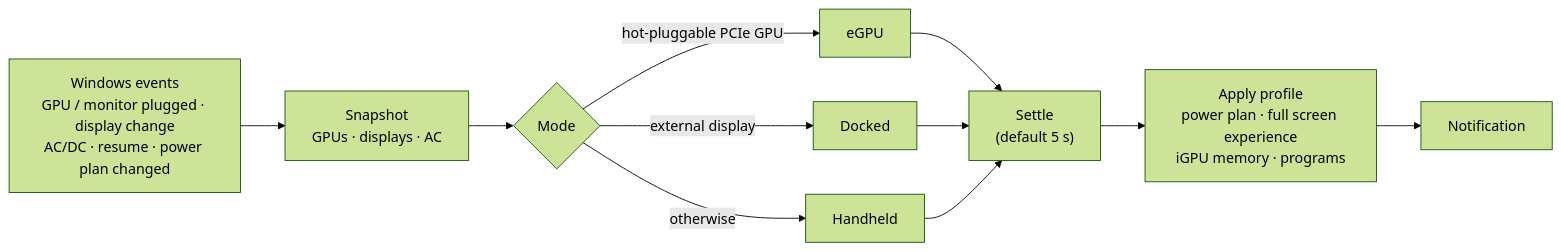
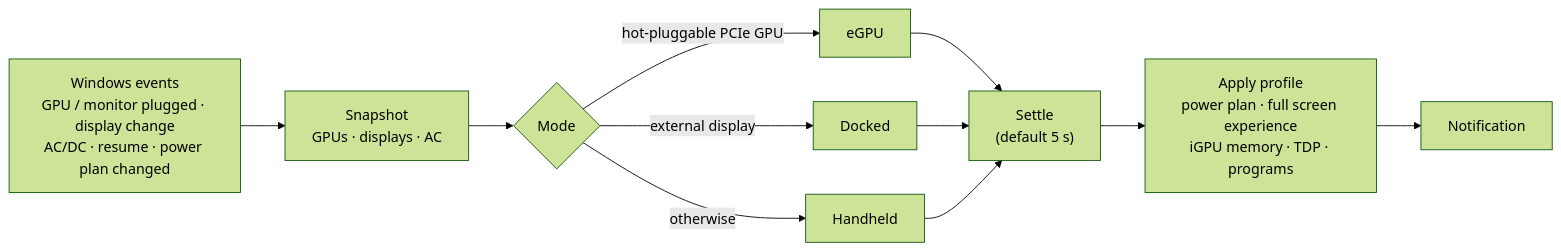
One commit to rozx/DockSense changed the diagram in README.md. Above: the diagram before and after it, drawn with Mermaid (forest theme). The commit also changed other lines of this file and 5 other files, not shown here.

````diff
--- a/README.md
+++ b/README.md
@@ -51,13 +51,13 @@
 ```mermaid
 flowchart LR
     E["Windows events<br/>GPU / monitor plugged · display change<br/>AC/DC · resume · power plan changed"] --> S["Snapshot<br/>GPUs · displays · AC"]
     S --> M{"Mode"}
     M -- "hot-pluggable PCIe GPU" --> G["eGPU"]
     M -- "external display" --> D["Docked"]
     M -- "otherwise" --> H["Handheld"]
     G --> W["Settle<br/>(default 5 s)"]
     D --> W
     H --> W
-    W --> A["Apply profile<br/>power plan · full screen experience<br/>iGPU memory · programs"]
+    W --> A["Apply profile<br/>power plan · full screen experience<br/>iGPU memory · TDP · programs"]
     A --> N["Notification"]
 ```
````
